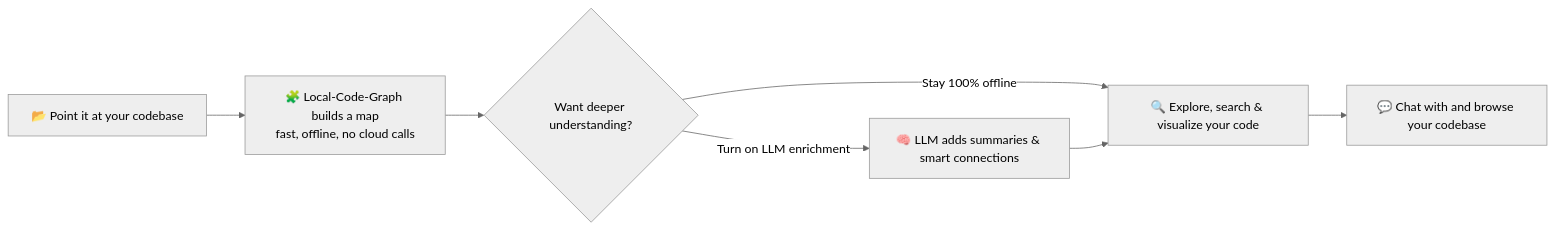
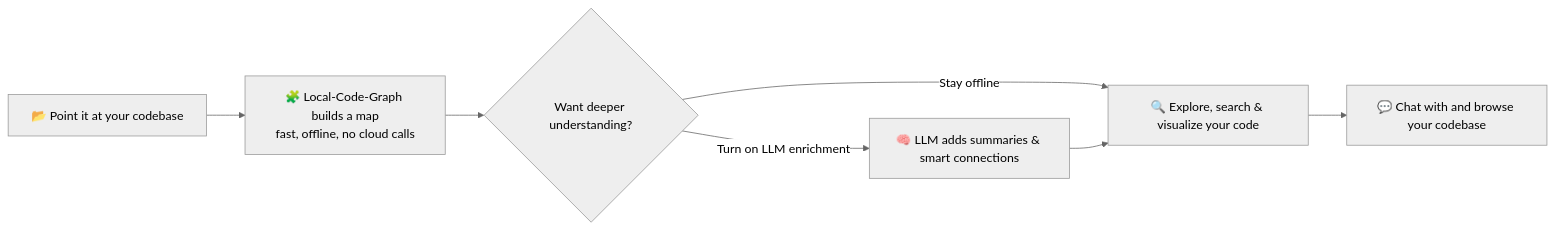
One commit to Akshat-Projects/local-code-graph changed the first of 3 diagrams in README.md. Above: the diagram before and after it, drawn with Mermaid (neutral theme). The commit also changed other lines of this file and 21 other files, not shown here.

````diff
--- a/README.md
+++ b/README.md
@@ -19,9 +19,9 @@
 ```mermaid
 flowchart LR
     A[📂 Point it at your codebase] --> B["🧩 Local-Code-Graph builds a map<br/>fast, offline, no cloud calls"]
     B --> C{Want deeper understanding?}
-    C -->|Stay 100% offline| D["🔍 Explore, search & visualize your code"]
+    C -->|Stay offline| D["🔍 Explore, search & visualize your code"]
     C -->|Turn on LLM enrichment| E["🧠 LLM adds summaries & smart connections"]
     E --> D
     D --> F[💬 Chat with and browse your codebase]
 ```
````
